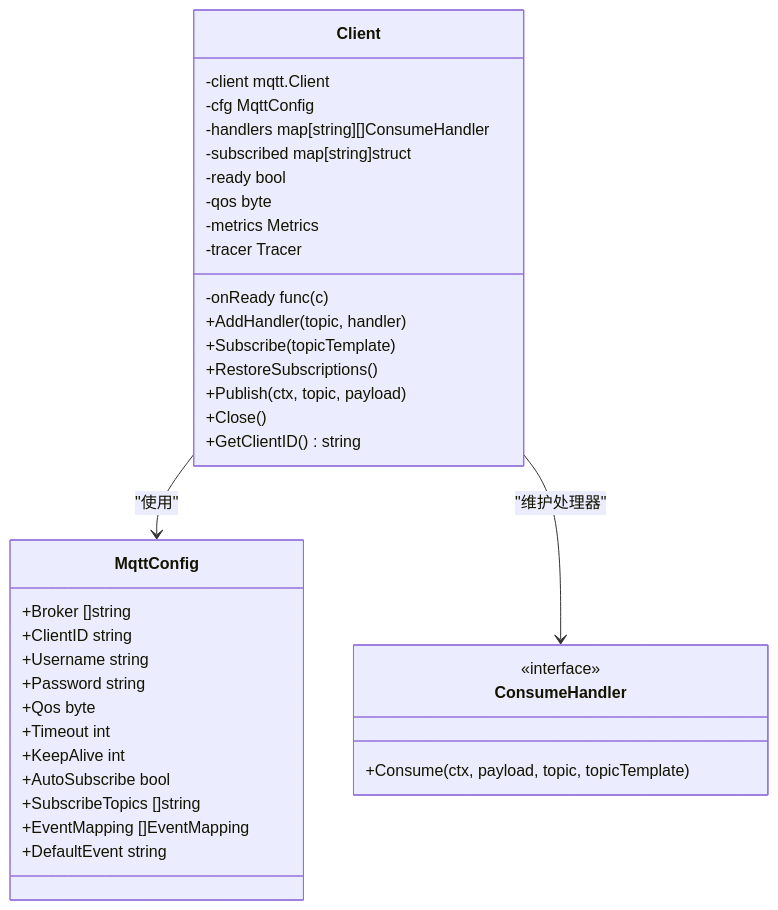
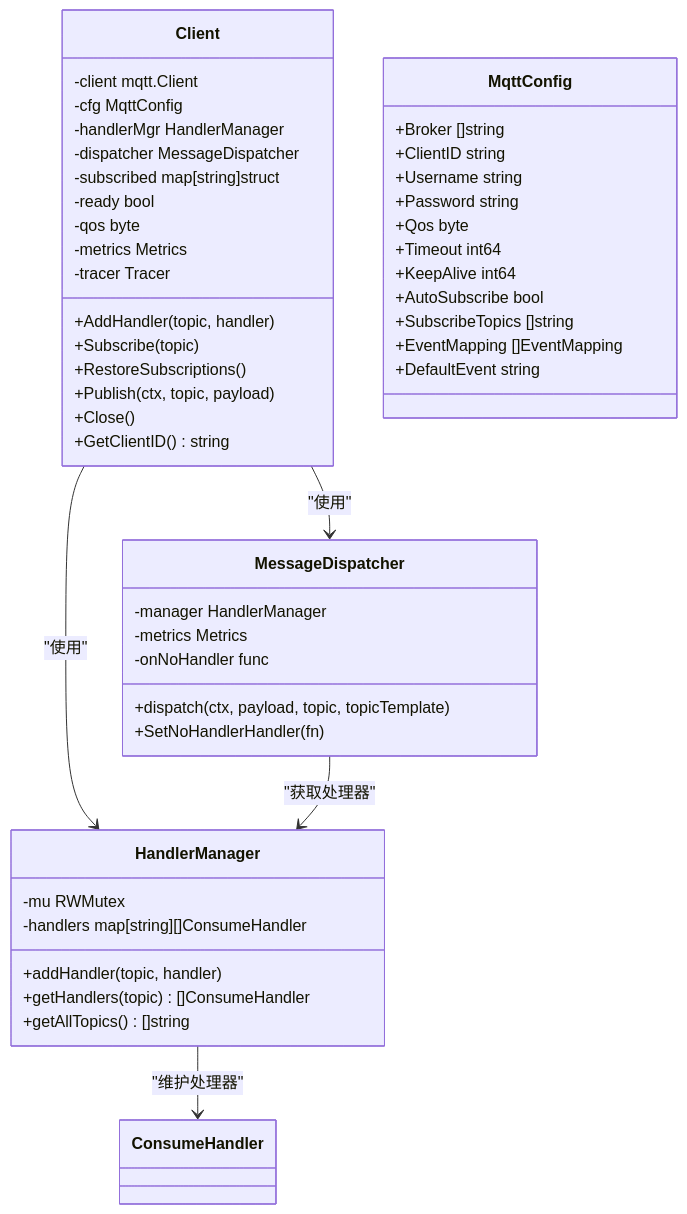
Before and after one commit to maomao94/zero-service: the third of 9 diagrams in .qoder/repowiki/zh/content/核心服务详解/MQTT 协议桥接服务/MQTT 协议桥接服务.md, drawn with Mermaid. The commit also changed other lines of this file and 59 other files, not shown here.

````diff
--- a/.qoder/repowiki/zh/content/核心服务详解/MQTT 协议桥接服务/MQTT 协议桥接服务.md
+++ b/.qoder/repowiki/zh/content/核心服务详解/MQTT 协议桥接服务/MQTT 协议桥接服务.md
@@ -154,39 +181,51 @@
 ```mermaid
 classDiagram
 class Client {
 -client mqtt.Client
 -cfg MqttConfig
--handlers map[string][]ConsumeHandler
+-handlerMgr HandlerManager
+-dispatcher MessageDispatcher
 -subscribed map[string]struct
--onReady func(c)
 -ready bool
 -qos byte
 -metrics Metrics
 -tracer Tracer
 +AddHandler(topic, handler)
-+Subscribe(topicTemplate)
++Subscribe(topic)
 +RestoreSubscriptions()
 +Publish(ctx, topic, payload)
 +Close()
 +GetClientID() string
+}
+class HandlerManager {
+-mu RWMutex
+-handlers map[string][]ConsumeHandler
++addHandler(topic, handler)
++getHandlers(topic) []ConsumeHandler
++getAllTopics() []string
+}
+class MessageDispatcher {
+-manager HandlerManager
+-metrics Metrics
+-onNoHandler func
++dispatch(ctx, payload, topic, topicTemplate)
++SetNoHandlerHandler(fn)
 }
 class MqttConfig {
 +Broker []string
 +ClientID string
 +Username string
 +Password string
 +Qos byte
-+Timeout int
-+KeepAlive int
++Timeout int64
++KeepAlive int64
 +AutoSubscribe bool
 +SubscribeTopics []string
 +EventMapping []EventMapping
 +DefaultEvent string
 }
-class ConsumeHandler {
-<<interface>>
-+Consume(ctx, payload, topic, topicTemplate)
-}
-Client --> MqttConfig : "使用"
-Client --> ConsumeHandler : "维护处理器"
+Client --> HandlerManager : "使用"
+Client --> MessageDispatcher : "使用"
+HandlerManager --> ConsumeHandler : "维护处理器"
+MessageDispatcher --> HandlerManager : "获取处理器"
 ```
````
